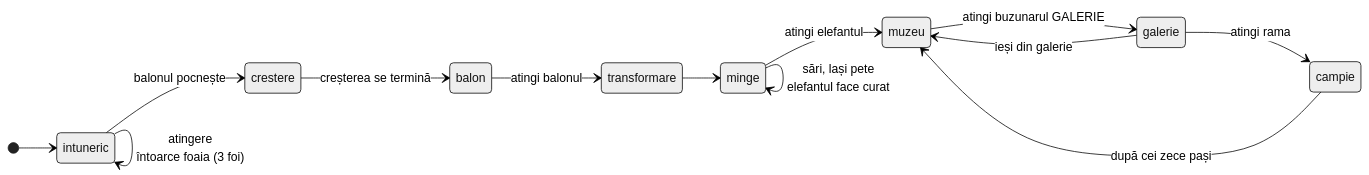
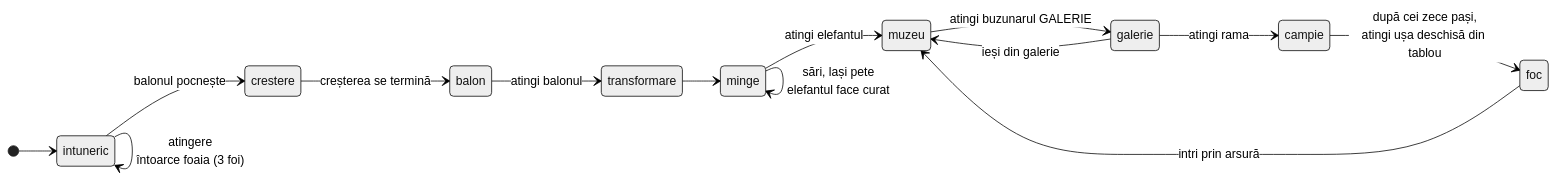
One commit to Whit3G9dNess/Viata-dintr-o-atingere changed the second of 7 diagrams in ARCHITECTURE.md. Above: the diagram before and after it, drawn with Mermaid (neutral theme). The commit also changed other lines of this file and 9 other files, not shown here.

````diff
--- a/ARCHITECTURE.md
+++ b/ARCHITECTURE.md
@@ -51,16 +51,17 @@
 ```mermaid
 stateDiagram-v2
   direction LR
   [*] --> intuneric
   intuneric --> intuneric : atingere<br/>întoarce foaia (3 foi)
   intuneric --> crestere : balonul pocnește
   crestere --> balon : creșterea se termină
   balon --> transformare : atingi balonul
   transformare --> minge
   minge --> minge : sări, lași pete<br/>elefantul face curat
   minge --> muzeu : atingi elefantul
   muzeu --> galerie : atingi buzunarul GALERIE
   galerie --> campie : atingi rama
-  campie --> muzeu : după cei zece pași
+  campie --> foc : după cei zece pași,<br/>atingi ușa deschisă din tablou
+  foc --> muzeu : intri prin arsură
   galerie --> muzeu : ieși din galerie
 ```
````
